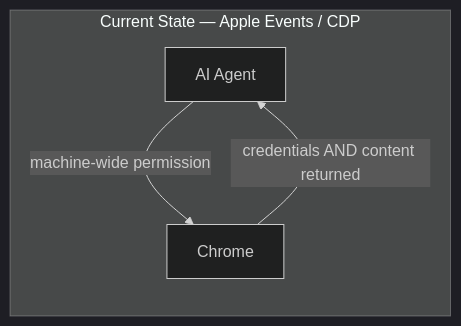
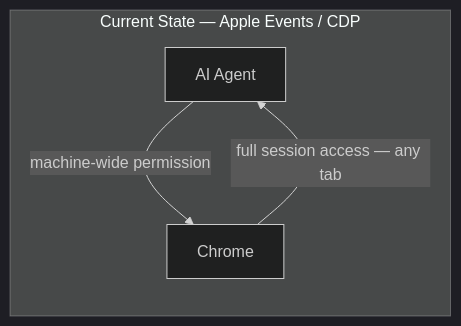
One commit to PhenomML/cc-tools changed the first of 2 diagrams in articles/apple-credentialed-fetch-brief.md. Above: the diagram before and after it, drawn with Mermaid (dark theme). The commit also changed other lines of this file, not shown here.

First line of the commit message:
Correct threat model: Apple Events grants session access, not credential transfer

````diff
--- a/articles/apple-credentialed-fetch-brief.md
+++ b/articles/apple-credentialed-fetch-brief.md
@@ -19,7 +20,7 @@
 ```mermaid
 flowchart LR
     subgraph current["Current State — Apple Events / CDP"]
         A[AI Agent] -->|machine-wide permission| B[Chrome]
-        B -->|credentials AND content returned| A
+        B -->|full session access — any tab| A
     end
 ```
````
